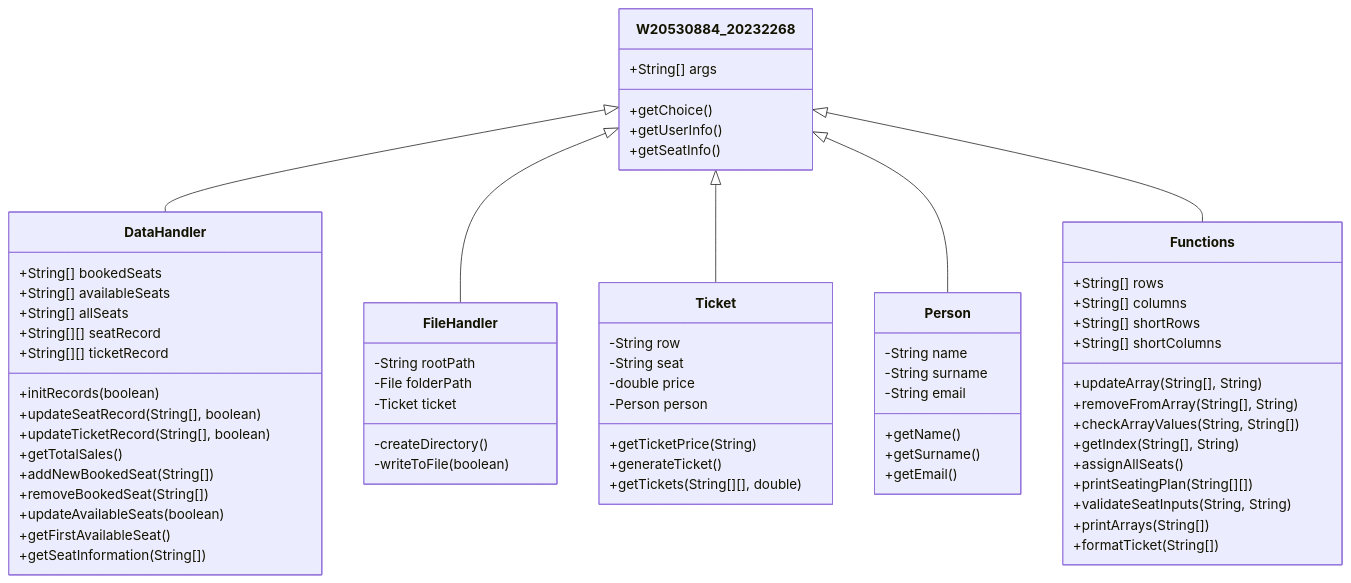
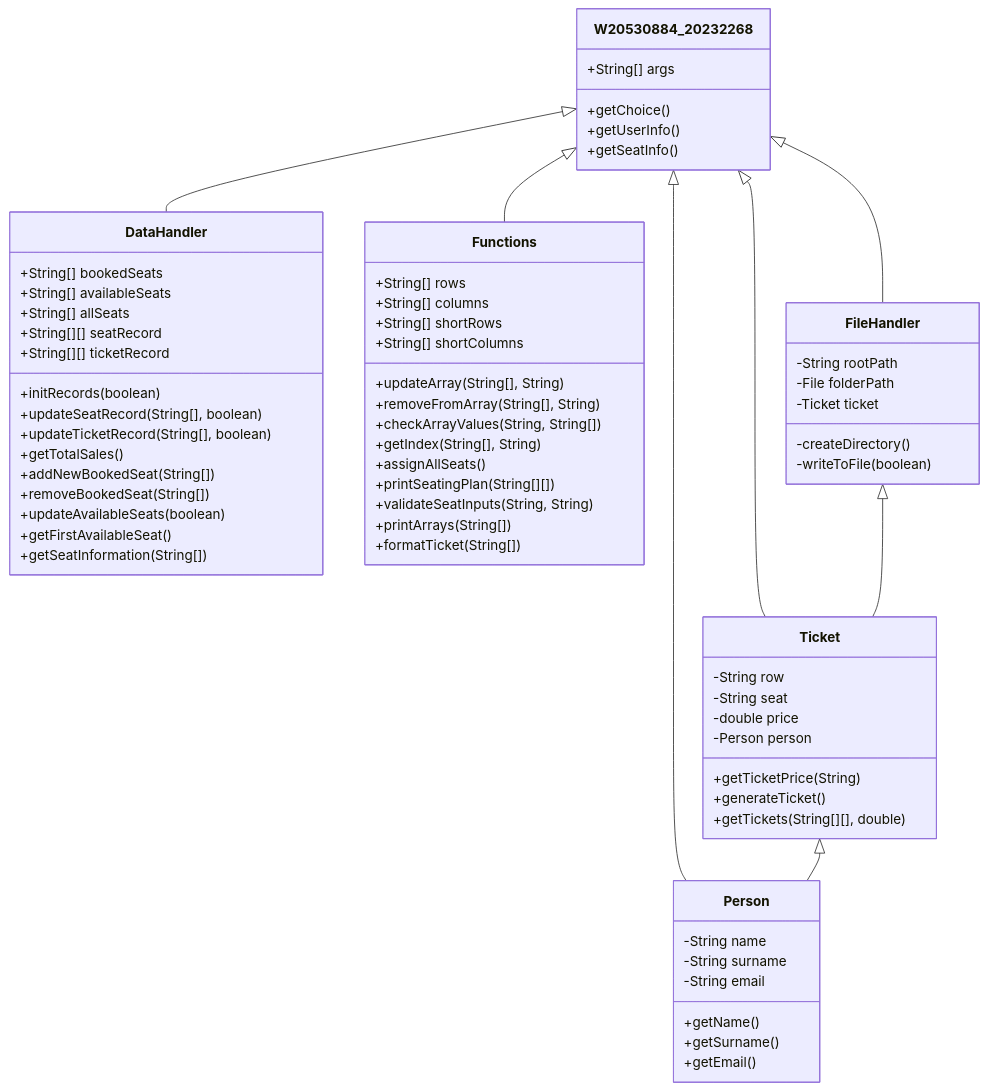
Before and after one commit to anuja-rahul/booking-app-javaCW: the diagram in README.md, drawn with Mermaid.

Commit message:
changes to class diagram

````diff
--- a/README.md
+++ b/README.md
@@ -36,73 +36,76 @@
 ```mermaid
 
 classDiagram
-    W20530884_20232268 <|-- DataHandler
-    W20530884_20232268 <|-- FileHandler
-    W20530884_20232268 <|-- Ticket
-    W20530884_20232268 <|-- Person
-    W20530884_20232268 <|-- Functions
-    W20530884_20232268 : +String[] args
-    W20530884_20232268: +getChoice()
-    W20530884_20232268: +getUserInfo()
-    W20530884_20232268: +getSeatInfo()
-    class DataHandler{
-      +String[] bookedSeats
-      +String[] availableSeats
-      +String[] allSeats
-      +String[][] seatRecord
-      +String[][] ticketRecord
-      +initRecords(boolean)
-      +updateSeatRecord(String[], boolean)
-      +updateTicketRecord(String[], boolean)
-      +getTotalSales()
-      +addNewBookedSeat(String[])
-      +removeBookedSeat(String[])
-      +updateAvailableSeats(boolean)
-      +getFirstAvailableSeat()
-      +getSeatInformation(String[])
-    }
+  W20530884_20232268 <|-- DataHandler
+  W20530884_20232268 <|-- Functions
+  W20530884_20232268 <|-- FileHandler
+  W20530884_20232268 <|-- Person
+  W20530884_20232268 <|-- Ticket
+  Ticket <|-- Person
+  FileHandler <|-- Ticket
 
-    class FileHandler{
-      -String rootPath
-      -File folderPath
-      -Ticket ticket
-      -createDirectory()
-      -writeToFile(boolean)
-    }
+  W20530884_20232268 : +String[] args
+  W20530884_20232268: +getChoice()
+  W20530884_20232268: +getUserInfo()
+  W20530884_20232268: +getSeatInfo()
+  class DataHandler{
+    +String[] bookedSeats
+    +String[] availableSeats
+    +String[] allSeats
+    +String[][] seatRecord
+    +String[][] ticketRecord
+    +initRecords(boolean)
+    +updateSeatRecord(String[], boolean)
+    +updateTicketRecord(String[], boolean)
+    +getTotalSales()
+    +addNewBookedSeat(String[])
+    +removeBookedSeat(String[])
+    +updateAvailableSeats(boolean)
+    +getFirstAvailableSeat()
+    +getSeatInformation(String[])
+  }
 
-    class Ticket{
-        -String row
-        -String seat
-        -double price
-        -Person person
-        +getTicketPrice(String)
-        +generateTicket()
-        +getTickets(String[][], double)
-    }
+  class FileHandler{
+    -String rootPath
+    -File folderPath
+    -Ticket ticket
+    -createDirectory()
+    -writeToFile(boolean)
+  }
 
-    class Person{
-        -String name
-        -String surname
-        -String email
-        +getName()
-        +getSurname()
-        +getEmail()
-    }
+  class Ticket{
+    -String row
+    -String seat
+    -double price
+    -Person person
+    +getTicketPrice(String)
+    +generateTicket()
+    +getTickets(String[][], double)
+  }
 
-    class Functions{
-      +String[] rows
-      +String[] columns
-      +String[] shortRows
-      +String[] shortColumns
-      +updateArray(String[], String)
-      +removeFromArray(String[], String)
-      +checkArrayValues(String, String[])
-      +getIndex(String[], String)
-      +assignAllSeats()
-      +printSeatingPlan(String[][])
-      +validateSeatInputs(String, String)
-      +printArrays(String[])
-      +formatTicket(String[])
-    }
+  class Person{
+    -String name
+    -String surname
+    -String email
+    +getName()
+    +getSurname()
+    +getEmail()
+  }
+
+  class Functions{
+    +String[] rows
+    +String[] columns
+    +String[] shortRows
+    +String[] shortColumns
+    +updateArray(String[], String)
+    +removeFromArray(String[], String)
+    +checkArrayValues(String, String[])
+    +getIndex(String[], String)
+    +assignAllSeats()
+    +printSeatingPlan(String[][])
+    +validateSeatInputs(String, String)
+    +printArrays(String[])
+    +formatTicket(String[])
+  }
 
 ```
````
